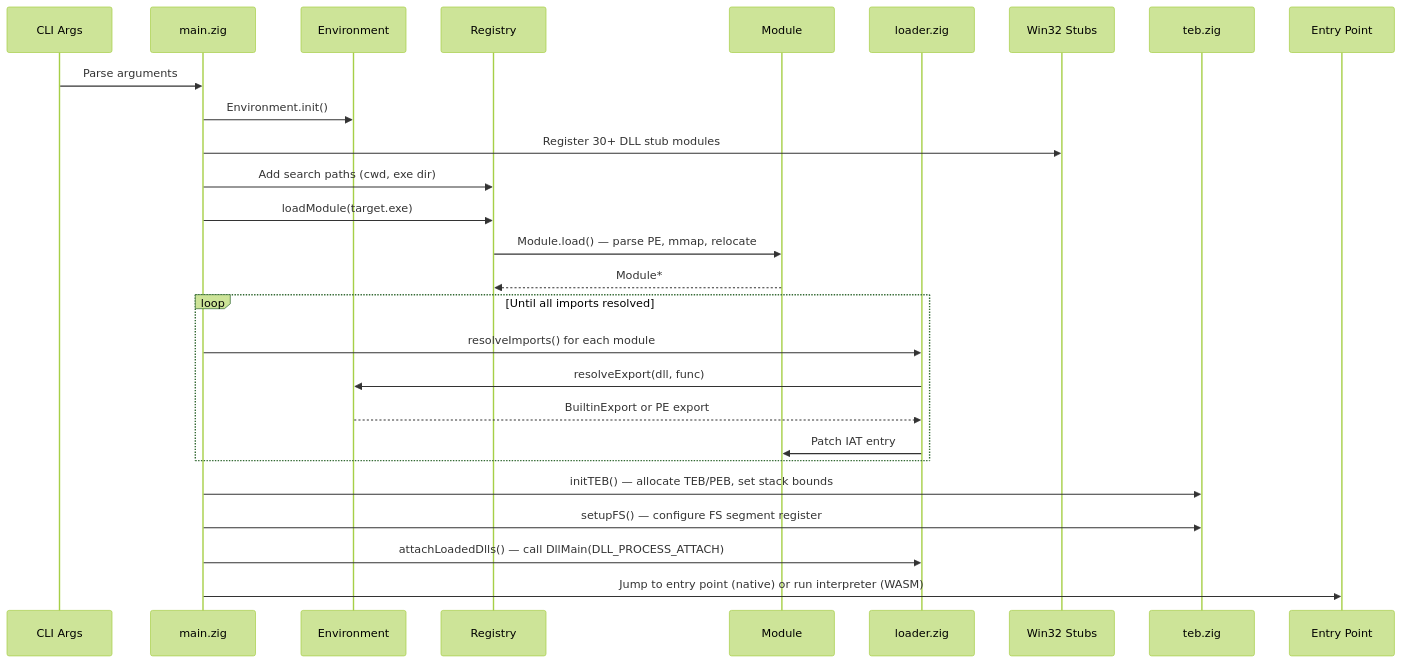
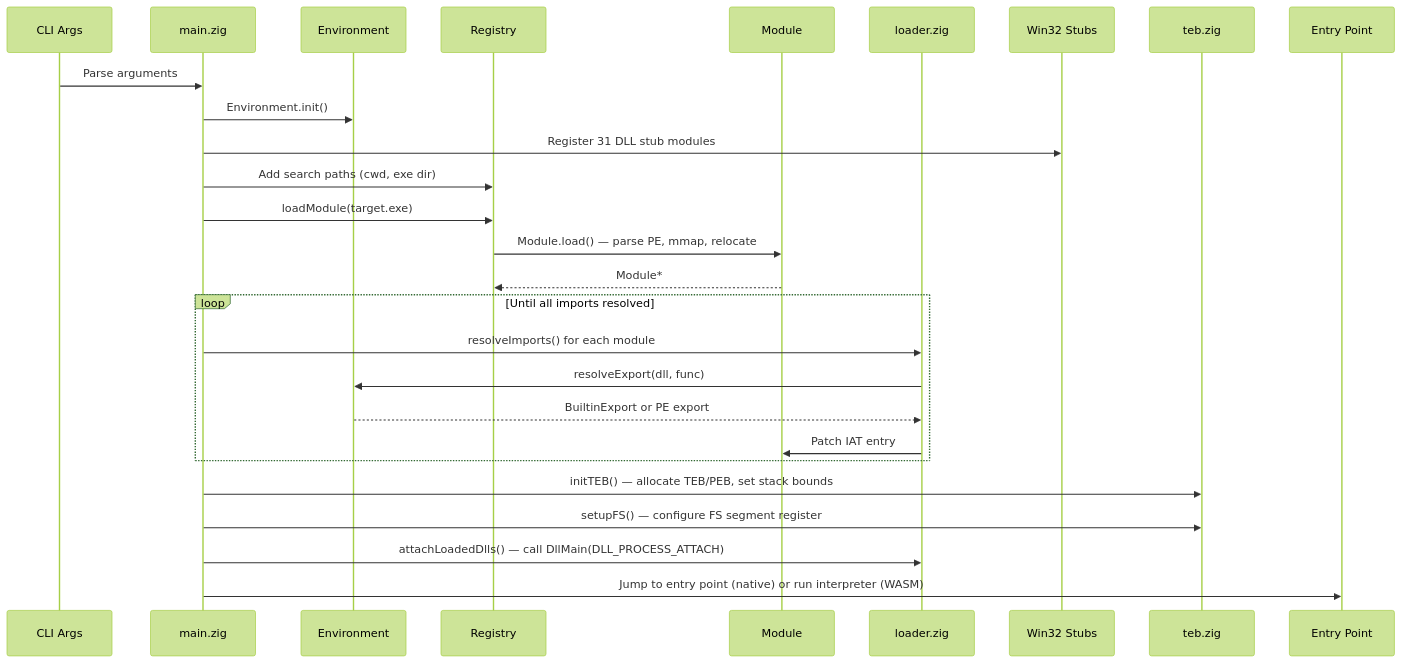
Before and after one commit to maci0/zine: the second of 2 diagrams in docs/ARCHITECTURE.md, drawn with Mermaid (forest theme). The commit also changed other lines of this file and 45 other files, not shown here.

````diff
--- a/docs/ARCHITECTURE.md
+++ b/docs/ARCHITECTURE.md
@@ -329,30 +343,30 @@
 ```mermaid
 sequenceDiagram
     participant CLI as CLI Args
     participant Main as main.zig
     participant Env as Environment
     participant Reg as Registry
     participant Mod as Module
     participant Loader as loader.zig
     participant Stubs as Win32 Stubs
     participant TEB as teb.zig
     participant EP as Entry Point
 
     CLI->>Main: Parse arguments
     Main->>Env: Environment.init()
-    Main->>Stubs: Register 30+ DLL stub modules
+    Main->>Stubs: Register 31 DLL stub modules
     Main->>Reg: Add search paths (cwd, exe dir)
     Main->>Reg: loadModule(target.exe)
     Reg->>Mod: Module.load() — parse PE, mmap, relocate
     Mod-->>Reg: Module*
     loop Until all imports resolved
         Main->>Loader: resolveImports() for each module
         Loader->>Env: resolveExport(dll, func)
         Env-->>Loader: BuiltinExport or PE export
         Loader->>Mod: Patch IAT entry
     end
     Main->>TEB: initTEB() — allocate TEB/PEB, set stack bounds
     Main->>TEB: setupFS() — configure FS segment register
     Main->>Loader: attachLoadedDlls() — call DllMain(DLL_PROCESS_ATTACH)
     Main->>EP: Jump to entry point (native) or run interpreter (WASM)
 ```
````
